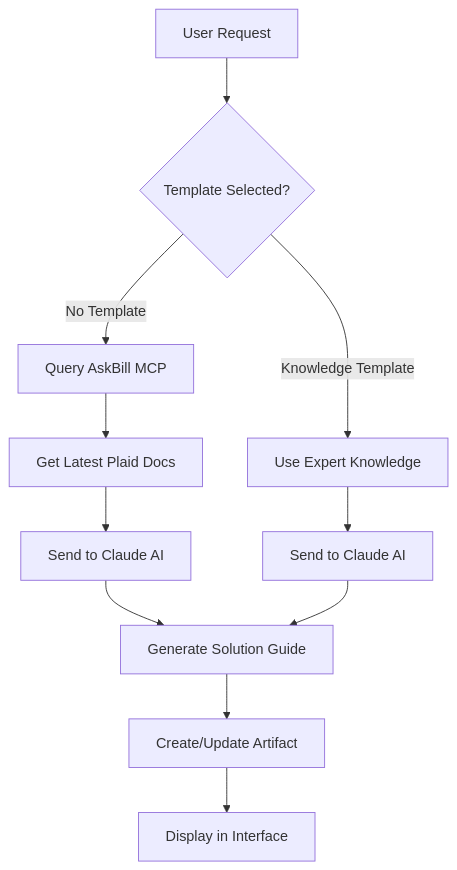
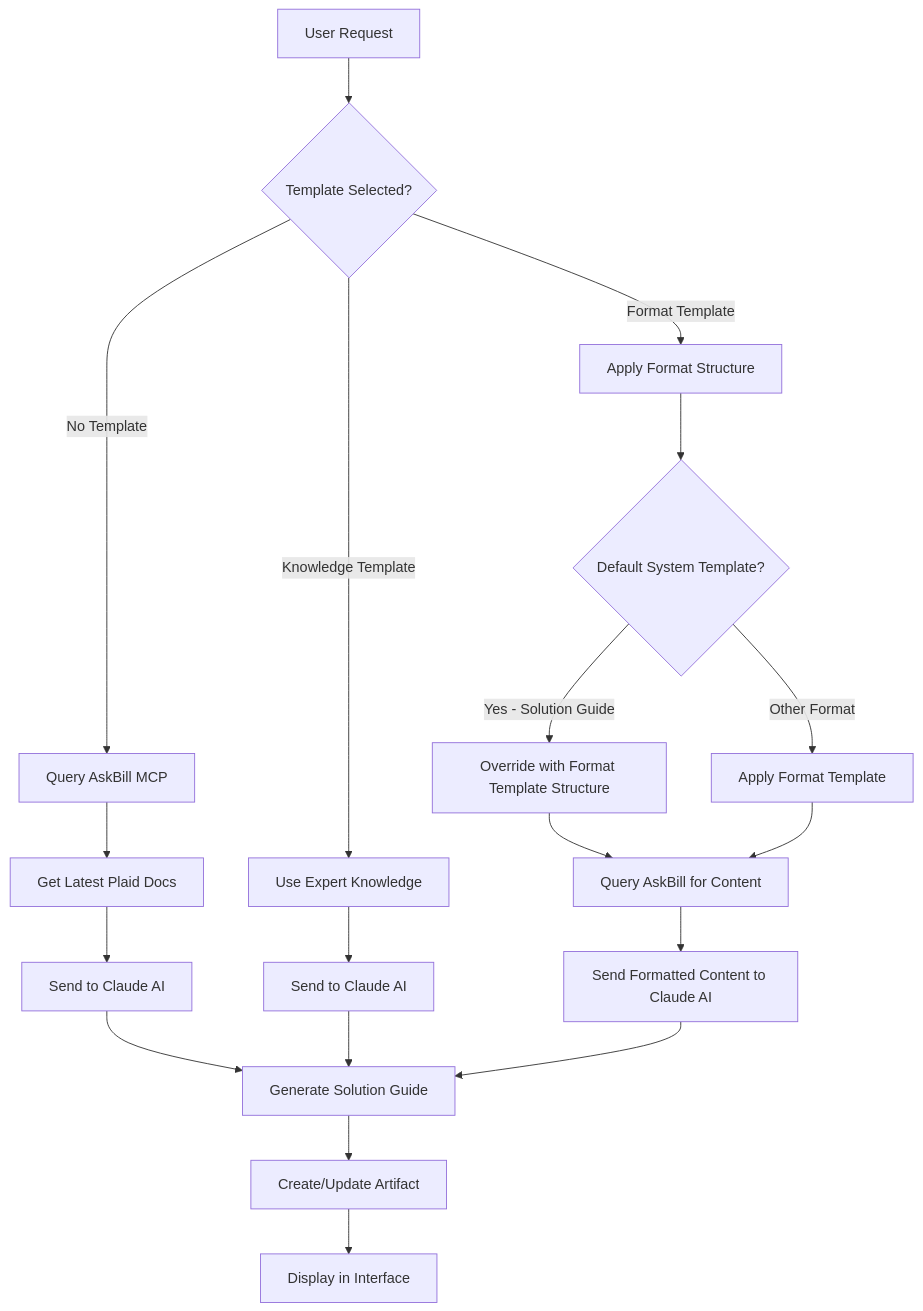
One commit to thedmaj/plaid-solution-guide changed the diagram in README.md. Above: the diagram before and after it, drawn with Mermaid. The commit also changed 2 other files, not shown here.

Commit message:
Add comprehensive format template logic documentation and sequence diagram
Updates:
- ✅ Enhanced README flow diagram with format template processing
- ✅ Added detailed sequence diagram for format template logic verification
- ✅ Documented format template override behavior for Solution Guide default template
- ✅ Clear visualization of template engine decision tree

Key Logic Added:
• Format Template → Apply Format Structure
• Default System Template Check → Override with Format Template Structure
• AskBill content sourcing with format template structure
• Three distinct processing paths: Format/Knowledge/No Template

New Files:
• format-template-sequence.md - Complete sequence diagram for logic verification

🤖 Generated with [Claude Code](https://claude.ai/code)

````diff
--- a/README.md
+++ b/README.md
@@ -42,13 +42,26 @@
 ```mermaid
 graph TD
     A[User Request] --> B{Template Selected?}
     B -->|Knowledge Template| C[Use Expert Knowledge]
+    B -->|Format Template| K[Apply Format Structure]
     B -->|No Template| D[Query AskBill MCP]
+    
     D --> E[Get Latest Plaid Docs]
     E --> F[Send to Claude AI]
+    
     C --> G[Send to Claude AI]
+    
+    K --> L{Default System Template?}
+    L -->|Yes - Solution Guide| M[Override with Format Template Structure]
+    L -->|Other Format| N[Apply Format Template]
+    M --> O[Query AskBill for Content]
+    N --> O
+    O --> P[Send Formatted Content to Claude AI]
+    
     F --> H[Generate Solution Guide]
     G --> H
+    P --> H
+    
     H --> I[Create/Update Artifact]
     I --> J[Display in Interface]
 ```
````
